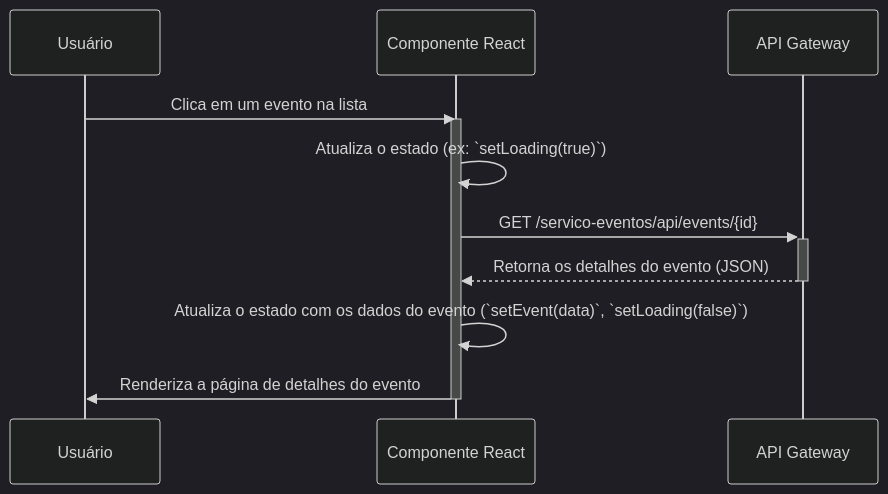
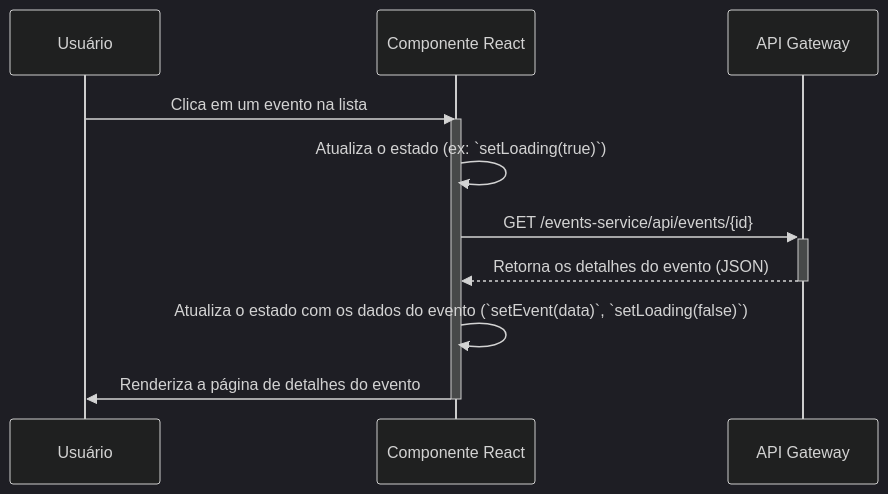
Before and after one commit to guilhermeariza/ticket-system: the second of 2 diagrams in frontend/README.md, drawn with Mermaid (dark theme). The commit also changed 108 other files, not shown here.

First line of the commit message:
refactor: rename servico-eventos to events-service and servico-pedidos to orders-service

````diff
--- a/frontend/README.md
+++ b/frontend/README.md
@@ -32,17 +32,17 @@
 ```mermaid
 sequenceDiagram
     participant U as Usuário
     participant App as Componente React
     participant GW as API Gateway
 
     U->>App: Clica em um evento na lista
     activate App
 
     App->>App: Atualiza o estado (ex: `setLoading(true)`)
-    App->>+GW: GET /servico-eventos/api/events/{id}
+    App->>+GW: GET /events-service/api/events/{id}
     GW-->>-App: Retorna os detalhes do evento (JSON)
     App->>App: Atualiza o estado com os dados do evento (`setEvent(data)`, `setLoading(false)`)
     App->>U: Renderiza a página de detalhes do evento
 
     deactivate App
 ```
````
